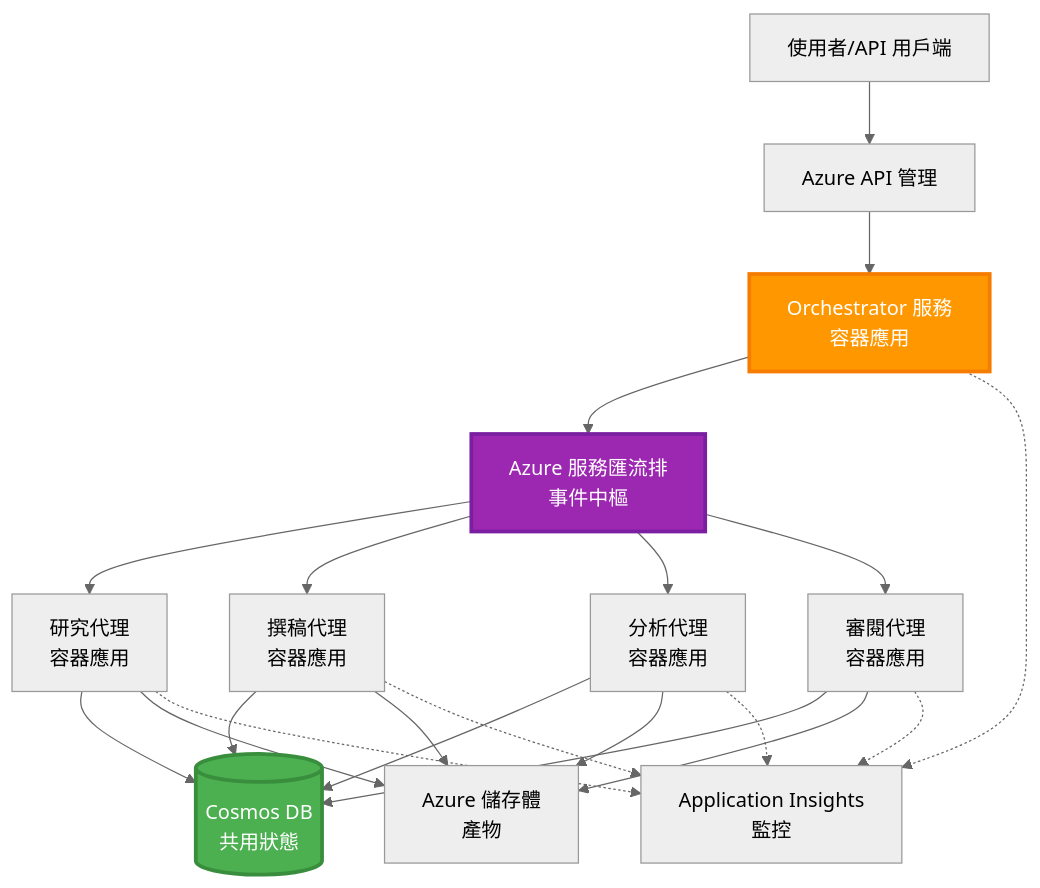
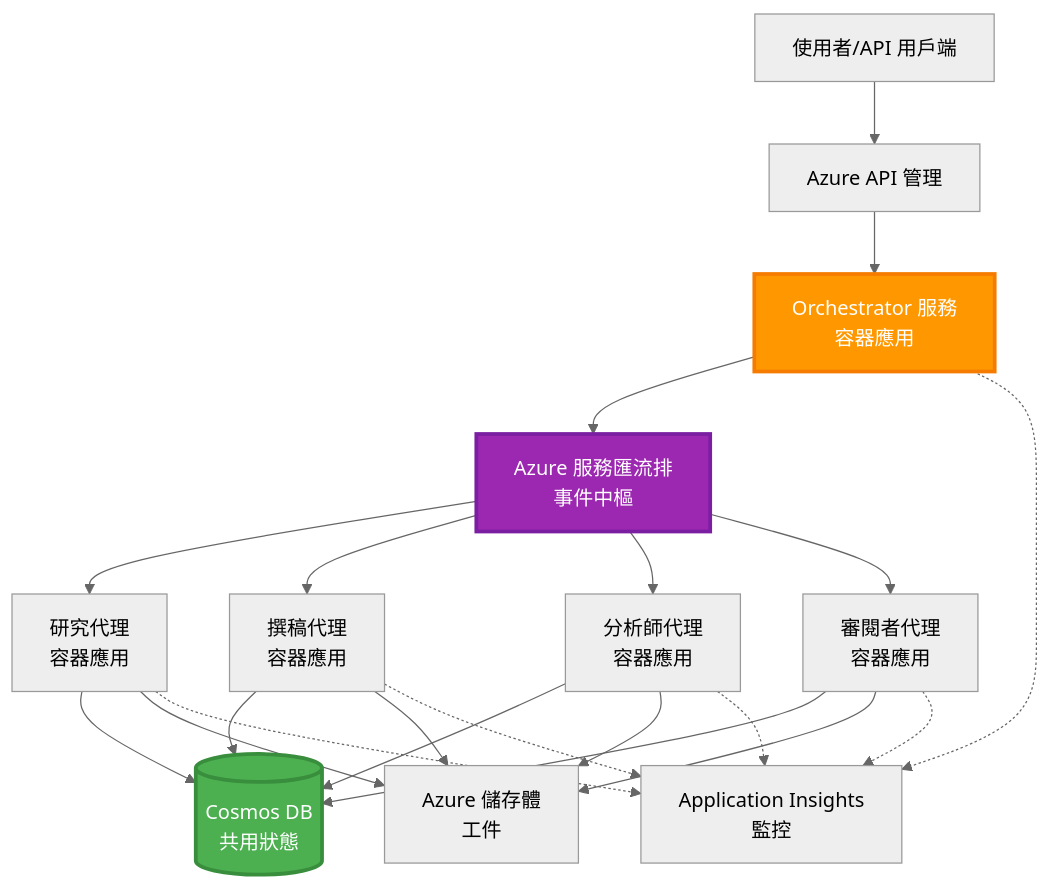
Before and after one commit to microsoft/AZD-for-beginners: the sixth of 6 diagrams in translations/zh-TW/docs/chapter-06-pre-deployment/coordination-patterns.md, drawn with Mermaid (neutral theme). The commit also changed other lines of this file and 101 other files, not shown here.

````diff
--- a/translations/zh-TW/docs/chapter-06-pre-deployment/coordination-patterns.md
+++ b/translations/zh-TW/docs/chapter-06-pre-deployment/coordination-patterns.md
@@ -271,45 +265,45 @@
 ```mermaid
 graph TB
     User[使用者/API 用戶端]
     APIM[Azure API 管理]
     Orchestrator[Orchestrator 服務<br/>容器應用]
     ServiceBus[Azure 服務匯流排<br/>事件中樞]
     
     Agent1[研究代理<br/>容器應用]
     Agent2[撰稿代理<br/>容器應用]
-    Agent3[分析代理<br/>容器應用]
-    Agent4[審閱代理<br/>容器應用]
+    Agent3[分析師代理<br/>容器應用]
+    Agent4[審閱者代理<br/>容器應用]
     
     CosmosDB[(Cosmos DB<br/>共用狀態)]
-    Storage[Azure 儲存體<br/>產物]
+    Storage[Azure 儲存體<br/>工件]
     AppInsights[Application Insights<br/>監控]
     
     User --> APIM
     APIM --> Orchestrator
     
     Orchestrator --> ServiceBus
     ServiceBus --> Agent1
     ServiceBus --> Agent2
     ServiceBus --> Agent3
     ServiceBus --> Agent4
     
     Agent1 --> CosmosDB
     Agent2 --> CosmosDB
     Agent3 --> CosmosDB
     Agent4 --> CosmosDB
     
     Agent1 --> Storage
     Agent2 --> Storage
     Agent3 --> Storage
     Agent4 --> Storage
     
     Orchestrator -.-> AppInsights
     Agent1 -.-> AppInsights
     Agent2 -.-> AppInsights
     Agent3 -.-> AppInsights
     Agent4 -.-> AppInsights
     
     style Orchestrator fill:#FF9800,stroke:#F57C00,stroke-width:3px,color:#fff
     style ServiceBus fill:#9C27B0,stroke:#7B1FA2,stroke-width:3px,color:#fff
     style CosmosDB fill:#4CAF50,stroke:#388E3C,stroke-width:3px,color:#fff
 ```
````
